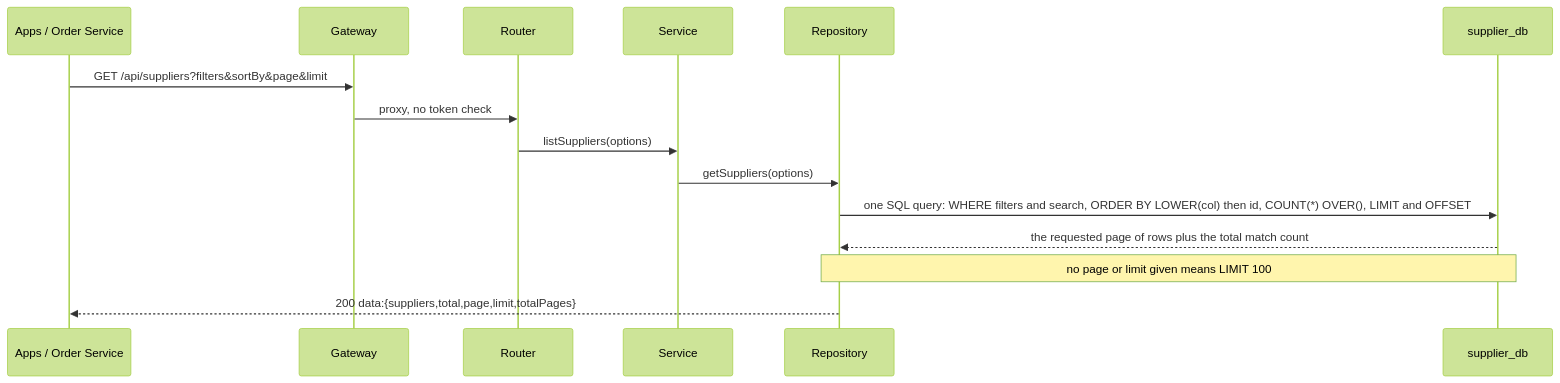
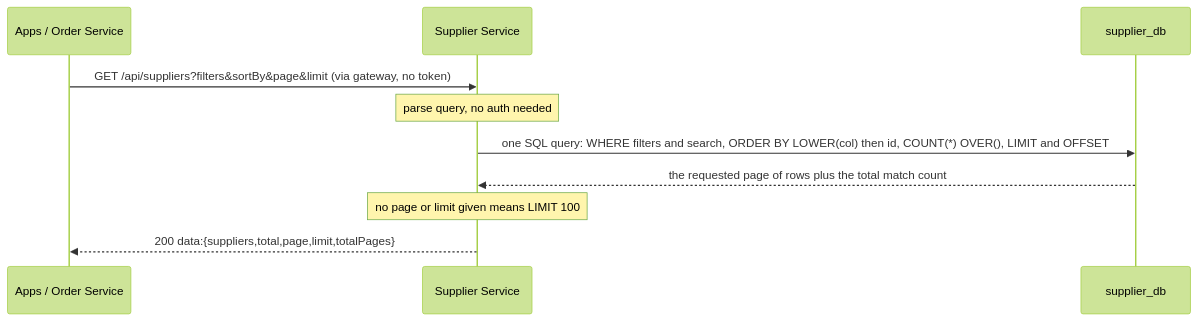
Before and after one commit to AY2627S1-CS3219-P25/friend-on-campus: the third of 6 diagrams in docs/services/supplier-service/README.md, drawn with Mermaid (forest theme). The commit also changed other lines of this file and 7 other files, not shown here.

Commit message:
Adds SoC LLM Flow diagram, legends in digrams all services diagrams

````diff
--- a/docs/services/supplier-service/README.md
+++ b/docs/services/supplier-service/README.md
@@ -118,17 +107,12 @@
 ```mermaid
 sequenceDiagram
   participant C as Apps / Order Service
-  participant GW as Gateway
-  participant R as Router
-  participant S as Service
-  participant P as Repository
+  participant SS as Supplier Service
   participant DB as supplier_db
-  C->>GW: GET /api/suppliers?filters&sortBy&page&limit
-  GW->>R: proxy, no token check
-  R->>S: listSuppliers(options)
-  S->>P: getSuppliers(options)
-  P->>DB: one SQL query: WHERE filters and search, ORDER BY LOWER(col) then id, COUNT(*) OVER(), LIMIT and OFFSET
-  DB-->>P: the requested page of rows plus the total match count
-  Note over P,DB: no page or limit given means LIMIT 100
-  P-->>C: 200 data:{suppliers,total,page,limit,totalPages}
+  C->>SS: GET /api/suppliers?filters&sortBy&page&limit (via gateway, no token)
+  Note over SS: parse query, no auth needed
+  SS->>DB: one SQL query: WHERE filters and search, ORDER BY LOWER(col) then id, COUNT(*) OVER(), LIMIT and OFFSET
+  DB-->>SS: the requested page of rows plus the total match count
+  Note over SS: no page or limit given means LIMIT 100
+  SS-->>C: 200 data:{suppliers,total,page,limit,totalPages}
 ```
````
